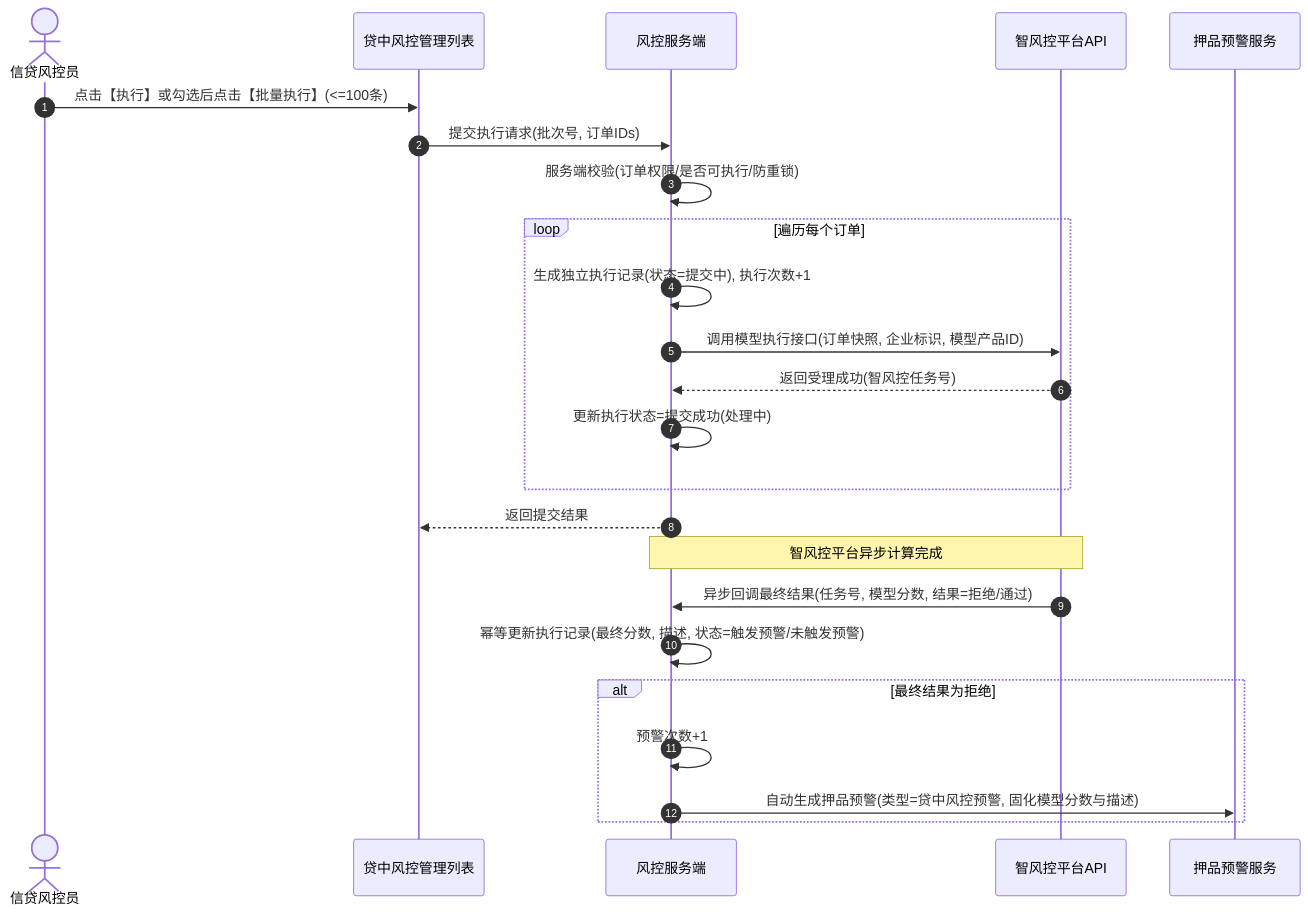
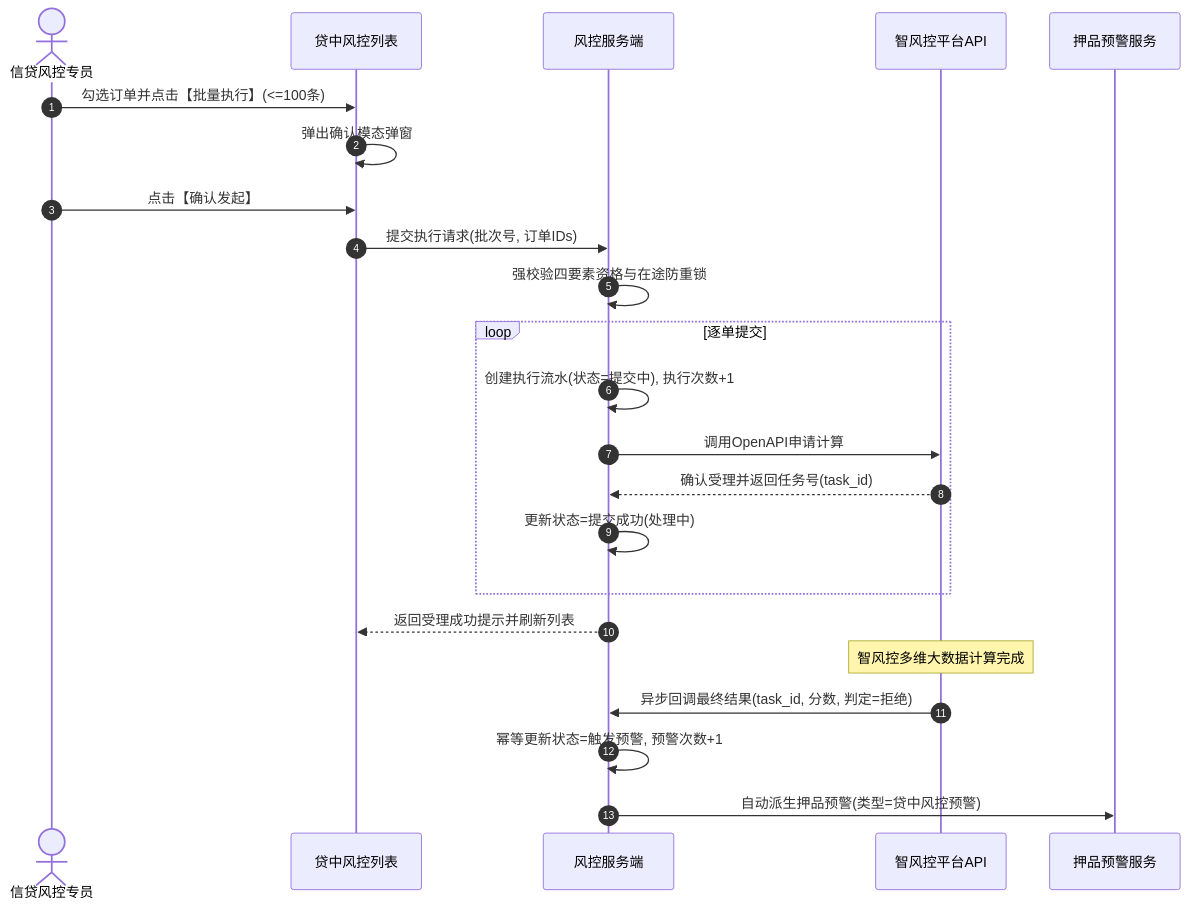
The diagram in 02-PRD文档/🌟🌟🌟-最新基准版/B端PC/05-风控/08-风险信息-贷中风控管理/贷中风控管理主PRD.md (RobertHuang999/SYZC), drawn with Mermaid before and after one commit. The commit also changed other lines of this file and 264 other files, not shown here.

````diff
--- a/02-PRD文档/🌟🌟🌟-最新基准版/B端PC/05-风控/08-风险信息-贷中风控管理/贷中风控管理主PRD.md
+++ b/02-PRD文档/🌟🌟🌟-最新基准版/B端PC/05-风控/08-风险信息-贷中风控管理/贷中风控管理主PRD.md
@@ -100,27 +79,26 @@
 ```mermaid
 sequenceDiagram
     autonumber
-    actor User as 信贷风控员
-    participant FE as 贷中风控管理列表
+    actor User as 信贷风控专员
+    participant FE as 贷中风控列表
     participant API as 风控服务端
     participant ZFK as 智风控平台API
     participant COL as 押品预警服务
 
-    User->>FE: 点击【执行】或勾选后点击【批量执行】(<=100条)
+    User->>FE: 勾选订单并点击【批量执行】(<=100条)
+    FE->>FE: 弹出确认模态弹窗
+    User->>FE: 点击【确认发起】
     FE->>API: 提交执行请求(批次号, 订单IDs)
-    API->>API: 服务端校验(订单权限/是否可执行/防重锁)
-    loop 遍历每个订单
-        API->>API: 生成独立执行记录(状态=提交中), 执行次数+1
-        API->>ZFK: 调用模型执行接口(订单快照, 企业标识, 模型产品ID)
-        ZFK-->>API: 返回受理成功(智风控任务号)
-        API->>API: 更新执行状态=提交成功(处理中)
+    API->>API: 强校验四要素资格与在途防重锁
+    loop 逐单提交
+        API->>API: 创建执行流水(状态=提交中), 执行次数+1
+        API->>ZFK: 调用OpenAPI申请计算
+        ZFK-->>API: 确认受理并返回任务号(task_id)
+        API->>API: 更新状态=提交成功(处理中)
     end
-    API-->>FE: 返回提交结果
-    Note over API,ZFK: 智风控平台异步计算完成
-    ZFK->>API: 异步回调最终结果(任务号, 模型分数, 结果=拒绝/通过)
-    API->>API: 幂等更新执行记录(最终分数, 描述, 状态=触发预警/未触发预警)
-    alt 最终结果为拒绝
-        API->>API: 预警次数+1
-        API->>COL: 自动生成押品预警(类型=贷中风控预警, 固化模型分数与描述)
-    end
+    API-->>FE: 返回受理成功提示并刷新列表
+    Note over ZFK: 智风控多维大数据计算完成
+    ZFK->>API: 异步回调最终结果(task_id, 分数, 判定=拒绝)
+    API->>API: 幂等更新状态=触发预警, 预警次数+1
+    API->>COL: 自动派生押品预警(类型=贷中风控预警)
 ```
````
